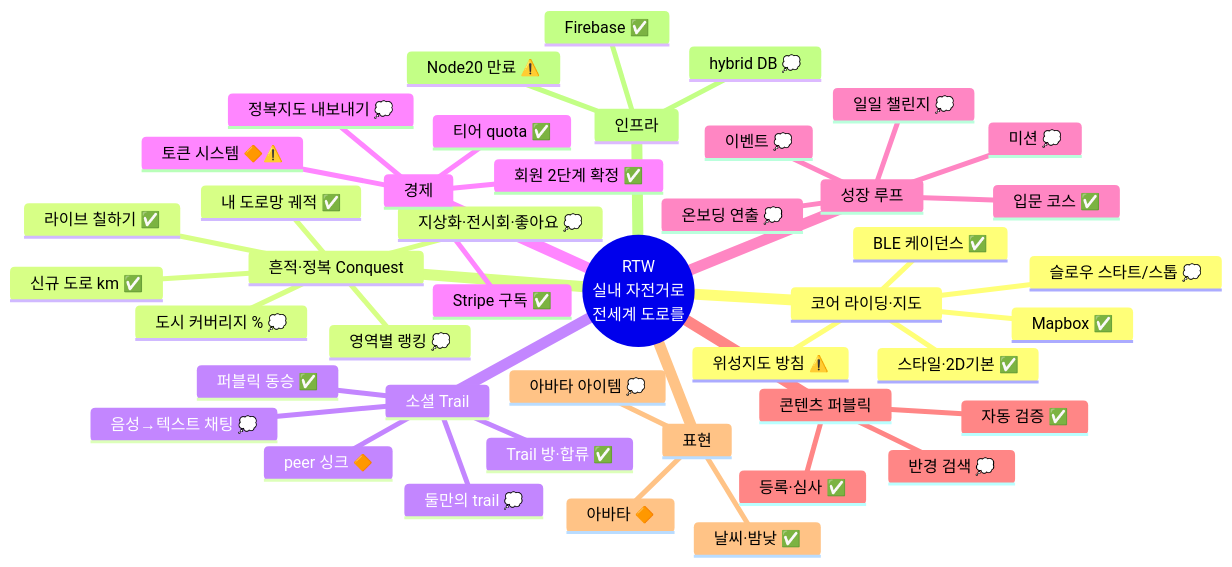
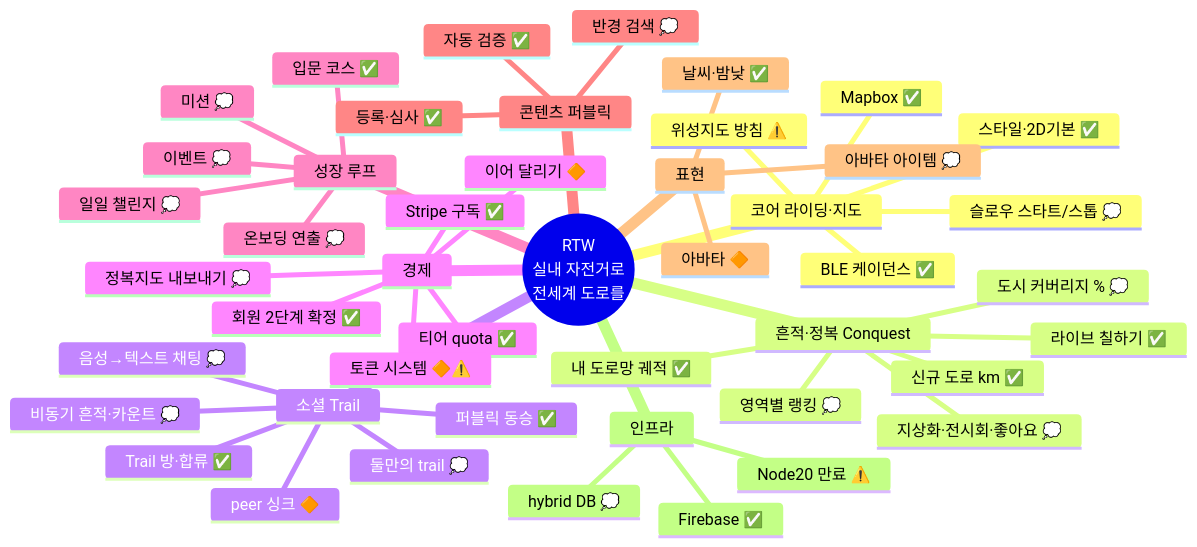
Before and after one commit to parkstery/boxcycle: the diagram in document/260707-RTW-기능-인벤토리-상태보드.md, drawn with Mermaid. The commit also changed other lines of this file and 2 other files, not shown here.

````diff
--- a/document/260707-RTW-기능-인벤토리-상태보드.md
+++ b/document/260707-RTW-기능-인벤토리-상태보드.md
@@ -19,47 +19,49 @@
 ```mermaid
 mindmap
   root((RTW<br/>실내 자전거로<br/>전세계 도로를))
     코어 라이딩·지도
       Mapbox ✅
       스타일·2D기본 ✅
       위성지도 방침 ⚠️
       슬로우 스타트/스톱 💭
       BLE 케이던스 ✅
     흔적·정복 Conquest
       내 도로망 궤적 ✅
       신규 도로 km ✅
       라이브 칠하기 ✅
       도시 커버리지 % 💭
       지상화·전시회·좋아요 💭
       영역별 랭킹 💭
     소셜 Trail
       Trail 방·합류 ✅
       퍼블릭 동승 ✅
       peer 싱크 🔶
+      비동기 흔적·카운트 💭
       둘만의 trail 💭
       음성→텍스트 채팅 💭
     경제
       티어 quota ✅
+      이어 달리기 🔶
       Stripe 구독 ✅
       토큰 시스템 🔶⚠️
       회원 2단계 확정 ✅
       정복지도 내보내기 💭
     성장 루프
       입문 코스 ✅
       온보딩 연출 💭
       미션 💭
       이벤트 💭
       일일 챌린지 💭
     콘텐츠 퍼블릭
       등록·심사 ✅
       자동 검증 ✅
       반경 검색 💭
     표현
       날씨·밤낮 ✅
       아바타 🔶
       아바타 아이템 💭
     인프라
       Firebase ✅
       hybrid DB 💭
       Node20 만료 ⚠️
 ```
````
